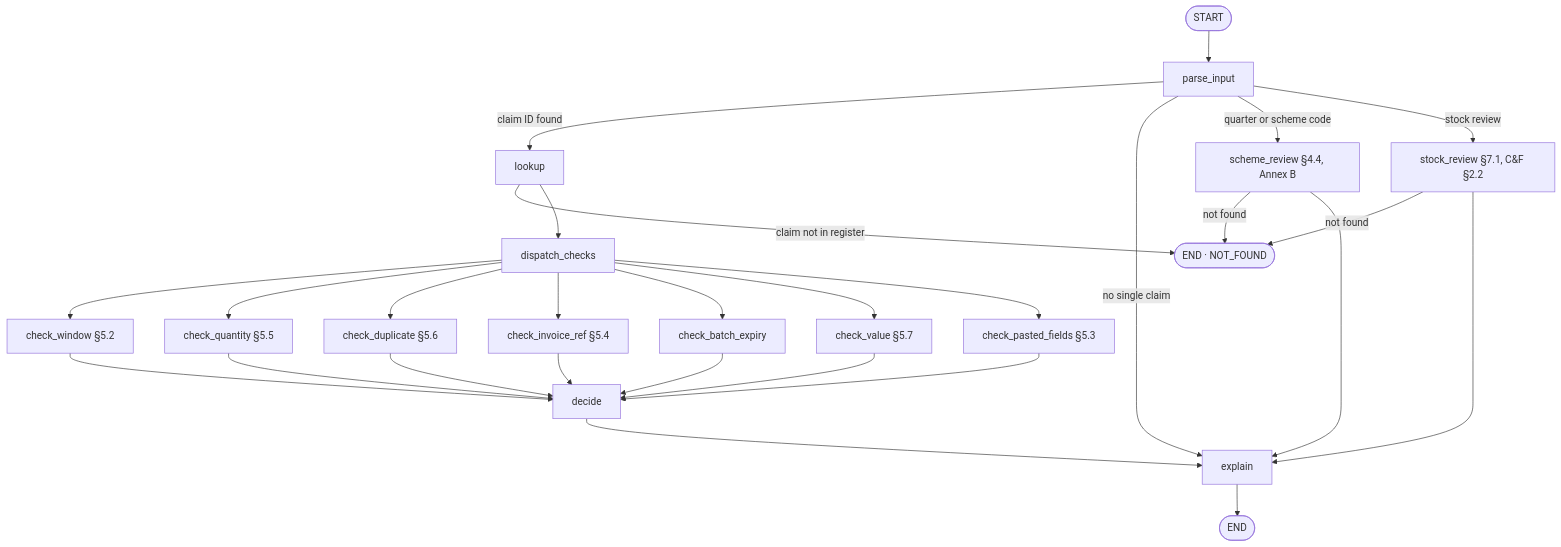
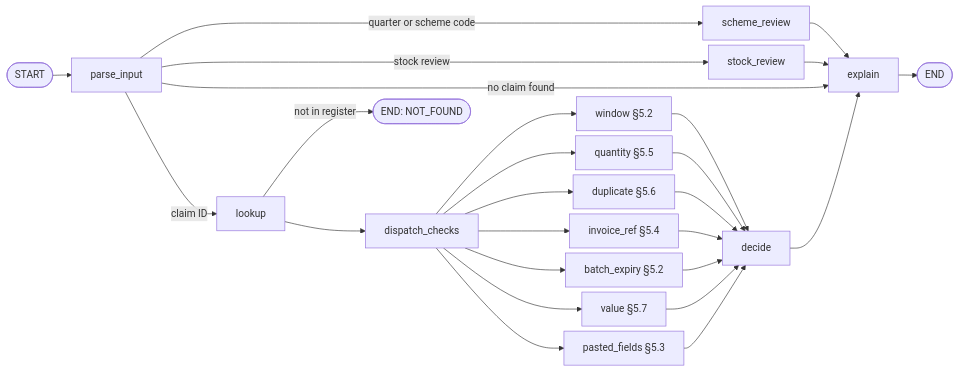
One commit to palashdange/Project_Pfizer changed the diagram in pfizer-channel-engagement_learner-pack/discovery/architecture_note.md. Above: the diagram before and after it, drawn with Mermaid. The commit also changed other lines of this file and 6 other files, not shown here.

First line of the commit message:
Model calls time out after 20 s with one retry; architecture note brought up to date

````diff
--- a/pfizer-channel-engagement_learner-pack/discovery/architecture_note.md
+++ b/pfizer-channel-engagement_learner-pack/discovery/architecture_note.md
@@ -11,15 +11,16 @@
 ```mermaid
-flowchart TD
+%%{init: {'flowchart': {'nodeSpacing': 8, 'rankSpacing': 30}}}%%
+flowchart LR
     S([START]) --> P[parse_input]
-    P -->|claim ID found| L[lookup]
-    P -->|no single claim| E[explain]
-    P -->|quarter or scheme code| SR[scheme_review §4.4, Annex B]
-    P -->|stock review| ST[stock_review §7.1, C&F §2.2]
-    SR & ST -->|not found| X
+    P -->|quarter or scheme code| SR[scheme_review]
+    P -->|stock review| ST[stock_review]
+    P -->|no claim found| E
+    P -->|claim ID| L[lookup]
+    L -->|not in register| X([END: NOT_FOUND])
+    L --> D[dispatch_checks]
+    D --> C1[window §5.2] & C2[quantity §5.5] & C3[duplicate §5.6] & C4[invoice_ref §5.4] & C5[batch_expiry §5.2] & C6[value §5.7] & C7[pasted_fields §5.3]
+    C1 & C2 & C3 & C4 & C5 & C6 & C7 --> DEC[decide]
+    DEC --> E[explain]
     SR & ST --> E
-    L -->|claim not in register| X([END · NOT_FOUND])
-    L --> D[dispatch_checks]
-    D --> C1[check_window §5.2] & C2[check_quantity §5.5] & C3[check_duplicate §5.6] & C4[check_invoice_ref §5.4] & C5[check_batch_expiry] & C6[check_value §5.7] & C7[check_pasted_fields §5.3]
-    C1 & C2 & C3 & C4 & C5 & C6 & C7 --> DEC[decide]
-    DEC --> E --> Z([END])
+    E --> Z([END])
 ```
````
